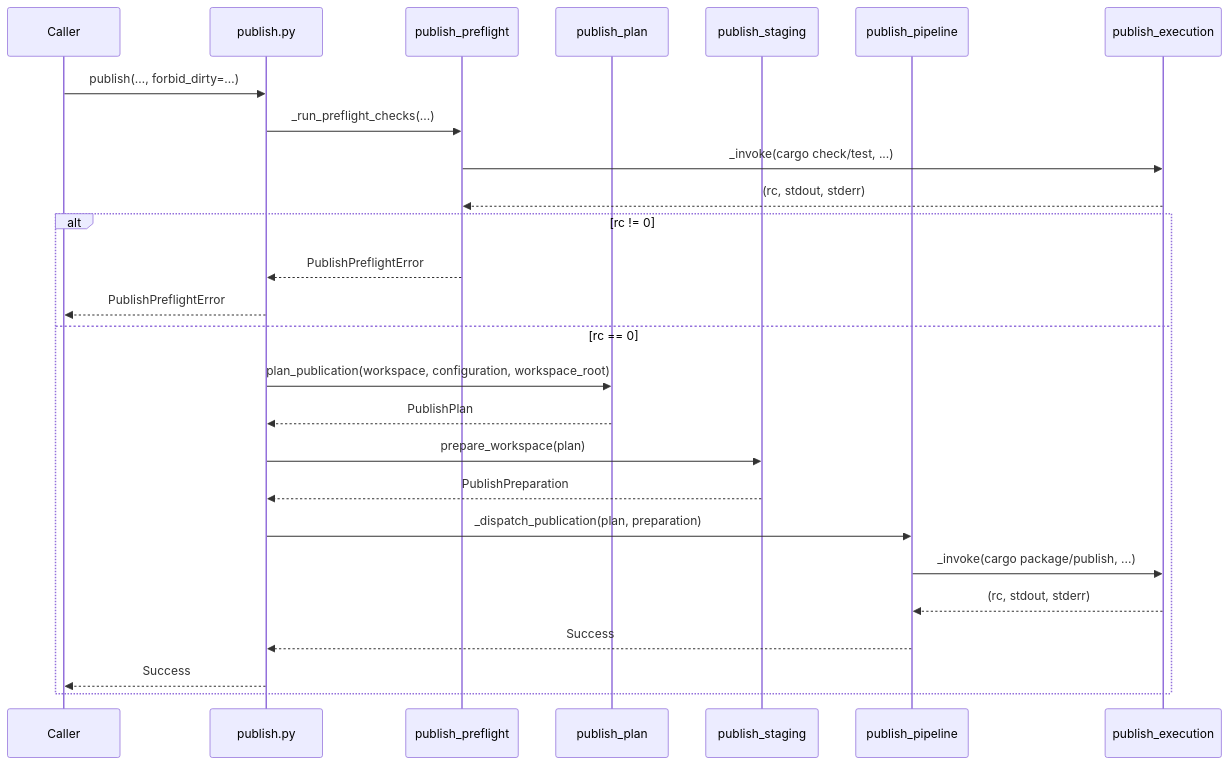
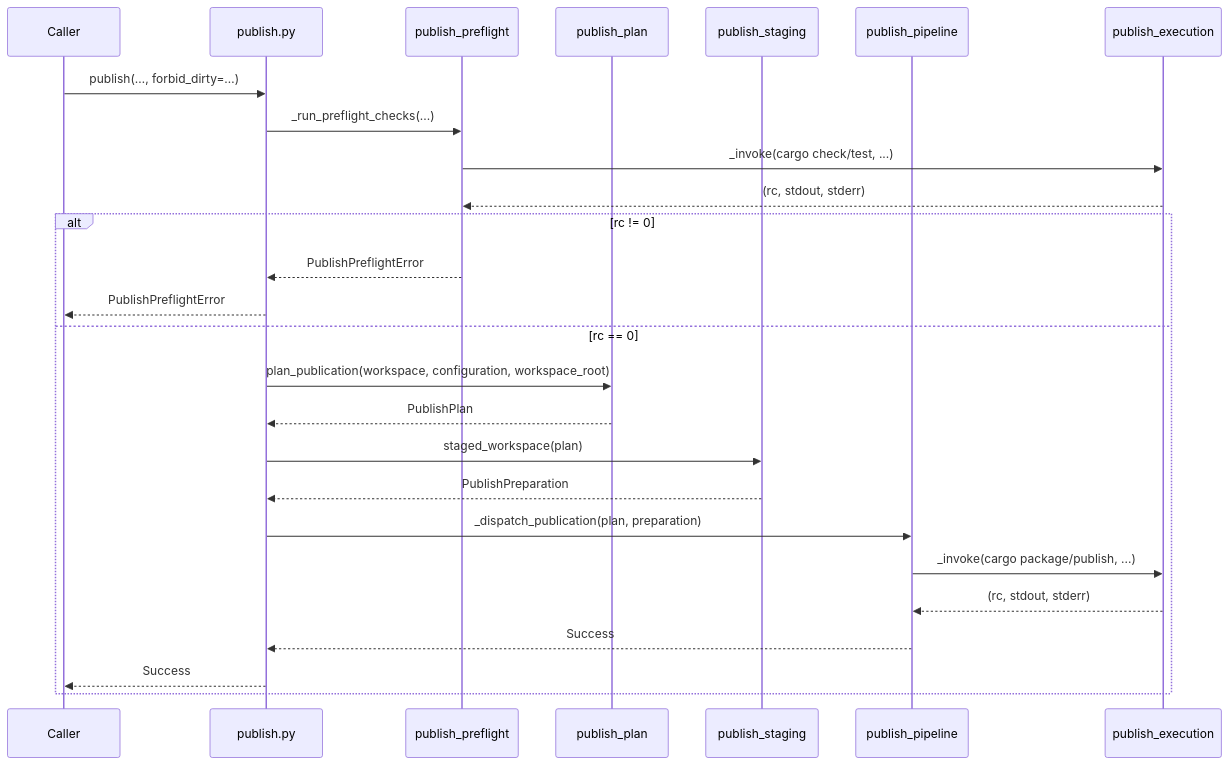
The second of 2 diagrams in docs/lading-design.md (leynos/lading), drawn with Mermaid before and after one commit. The commit also changed other lines of this file and 17 other files, not shown here.

First line of the commit message:
Remove the staged workspace when a publish ends (#269) (#272)

````diff
--- a/docs/lading-design.md
+++ b/docs/lading-design.md
@@ -574,29 +582,29 @@
 ```mermaid
 sequenceDiagram
     participant Caller
     participant publish.py
     participant publish_preflight
     participant publish_plan
     participant publish_staging
     participant publish_pipeline
     participant publish_execution
 
     Caller->>publish.py: publish(…, forbid_dirty=…)
     publish.py->>publish_preflight: _run_preflight_checks(...)
     publish_preflight->>publish_execution: _invoke(cargo check/test, ...)
     publish_execution-->>publish_preflight: (rc, stdout, stderr)
     alt rc != 0
         publish_preflight-->>publish.py: PublishPreflightError
         publish.py-->>Caller: PublishPreflightError
     else rc == 0
         publish.py->>publish_plan: plan_publication(workspace, configuration, workspace_root)
         publish_plan-->>publish.py: PublishPlan
-        publish.py->>publish_staging: prepare_workspace(plan)
+        publish.py->>publish_staging: staged_workspace(plan)
         publish_staging-->>publish.py: PublishPreparation
         publish.py->>publish_pipeline: _dispatch_publication(plan, preparation)
         publish_pipeline->>publish_execution: _invoke(cargo package/publish, ...)
         publish_execution-->>publish_pipeline: (rc, stdout, stderr)
         publish_pipeline-->>publish.py: Success
         publish.py-->>Caller: Success
     end
 ```
````
